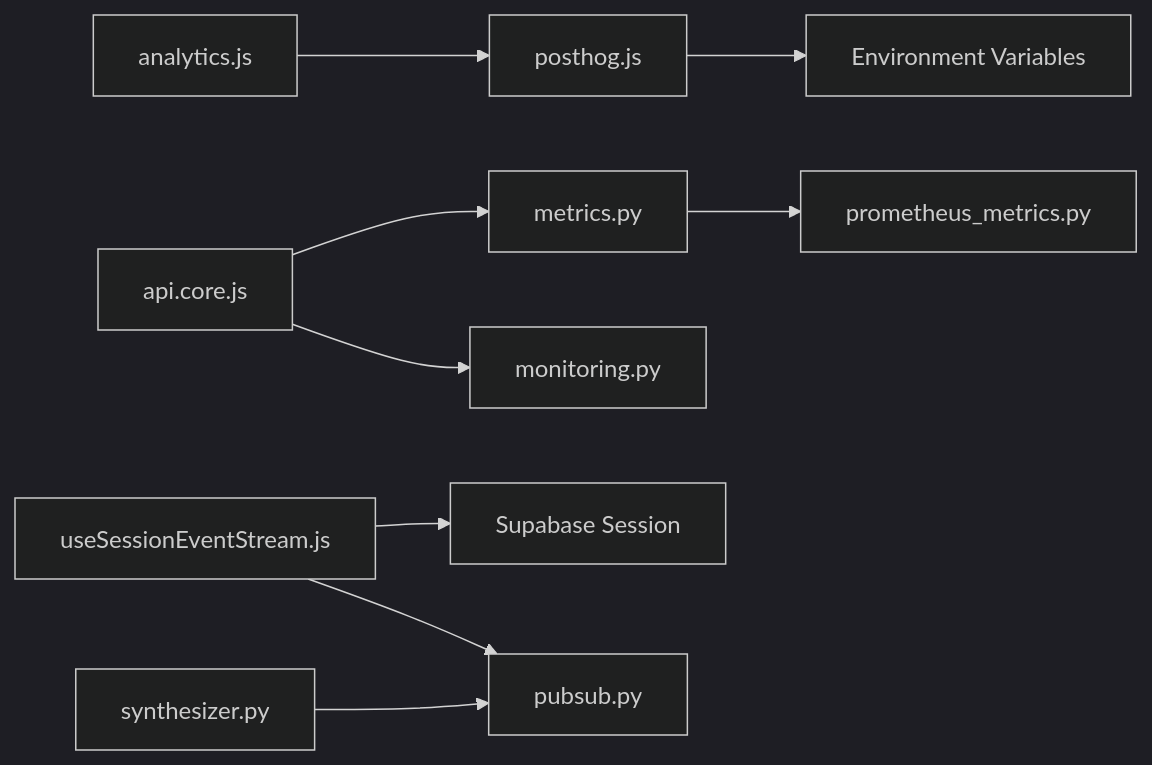
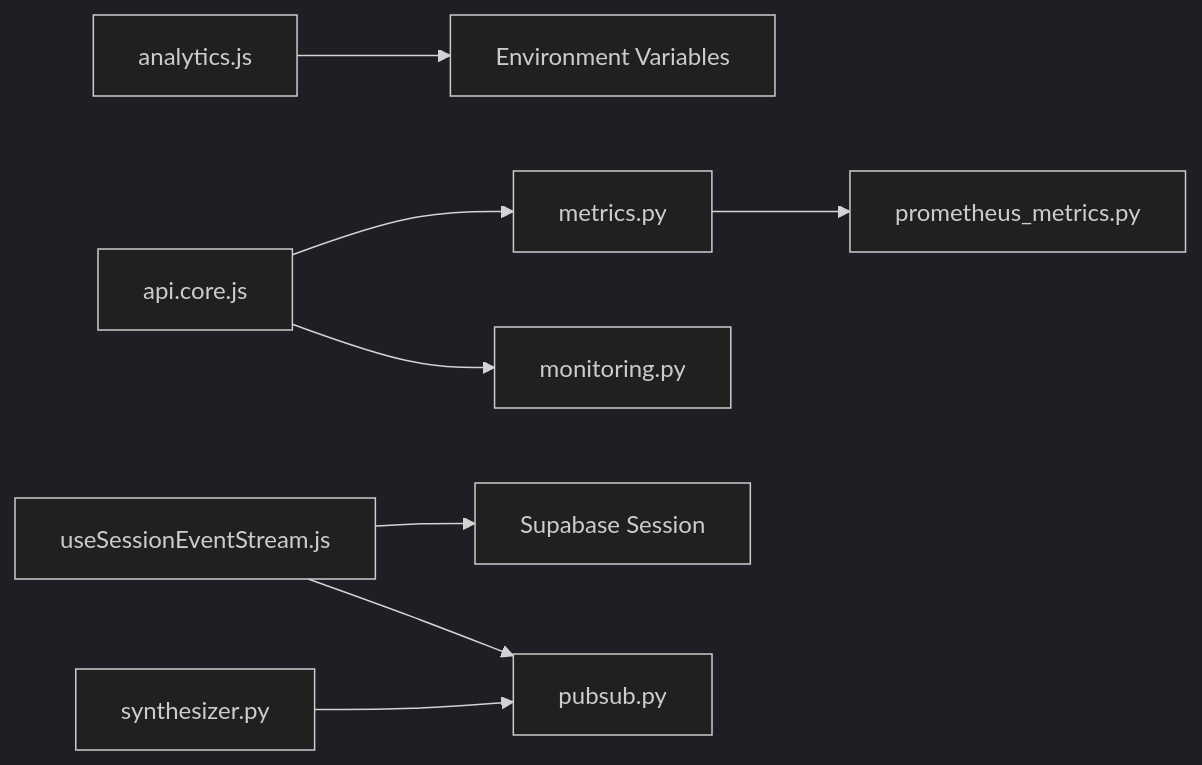
The fifth of 5 diagrams in .docs/content/Frontend Development/API Integration/Analytics & Performance Monitoring/Analytics & Performance Monitoring.md (rohitkumarnaidu/ScholarFormAI), drawn with Mermaid (dark theme) before and after one commit. The commit also changed other lines of this file and 9 other files, not shown here.

````diff
--- a/.docs/content/Frontend Development/API Integration/Analytics & Performance Monitoring/Analytics & Performance Monitoring.md
+++ b/.docs/content/Frontend Development/API Integration/Analytics & Performance Monitoring/Analytics & Performance Monitoring.md
@@ -350,11 +261,10 @@
 ```mermaid
 graph LR
-PH["posthog.js"] --> ENV["Environment Variables"]
-AW["analytics.js"] --> PH
+AW["analytics.js"] --> ENV["Environment Variables"]
 API["api.core.js"] --> MET["metrics.py"]
 API --> MON["monitoring.py"]
 MET --> PROM["prometheus_metrics.py"]
 SSE["useSessionEventStream.js"] --> SUPA["Supabase Session"]
 SSE --> PUB["pubsub.py"]
 SYN["synthesizer.py"] --> PUB
 ```
````
